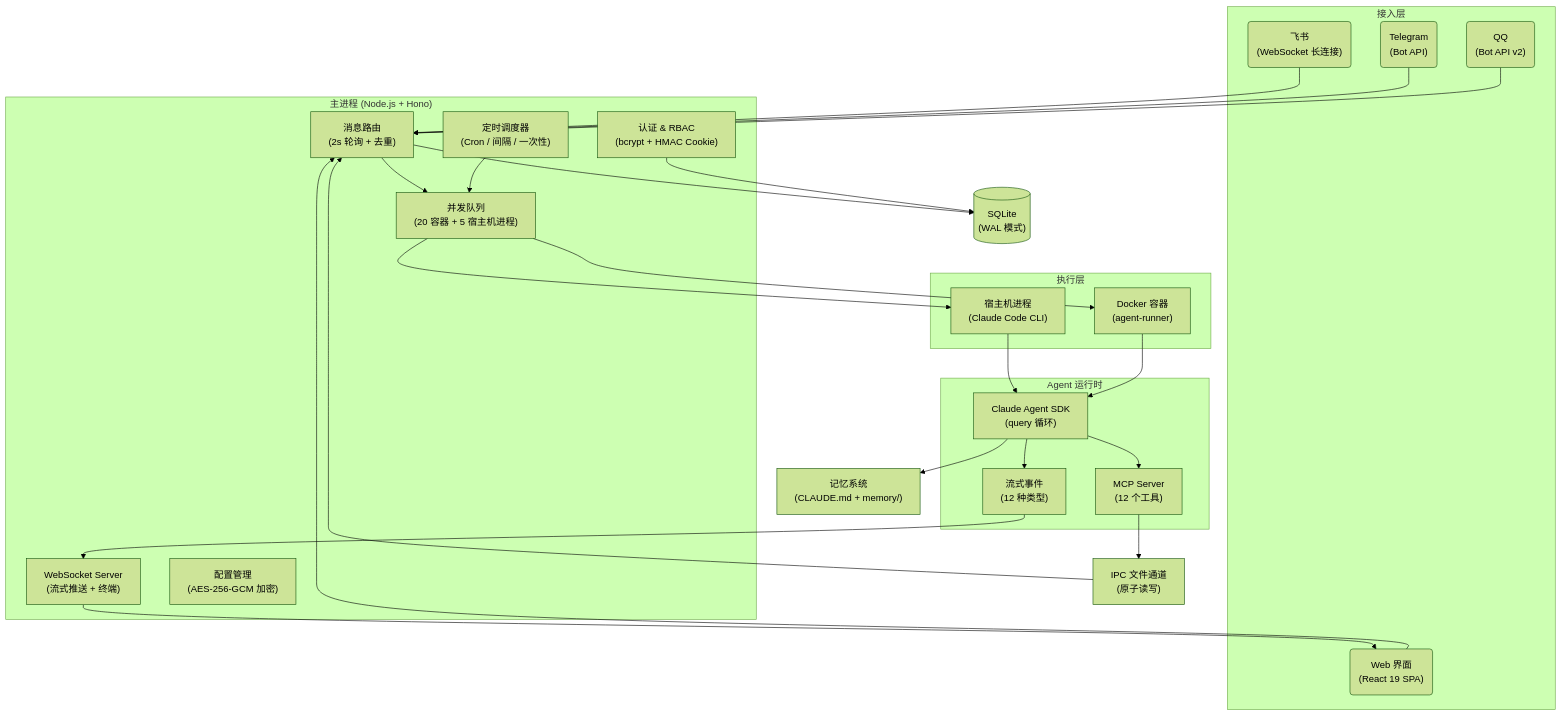
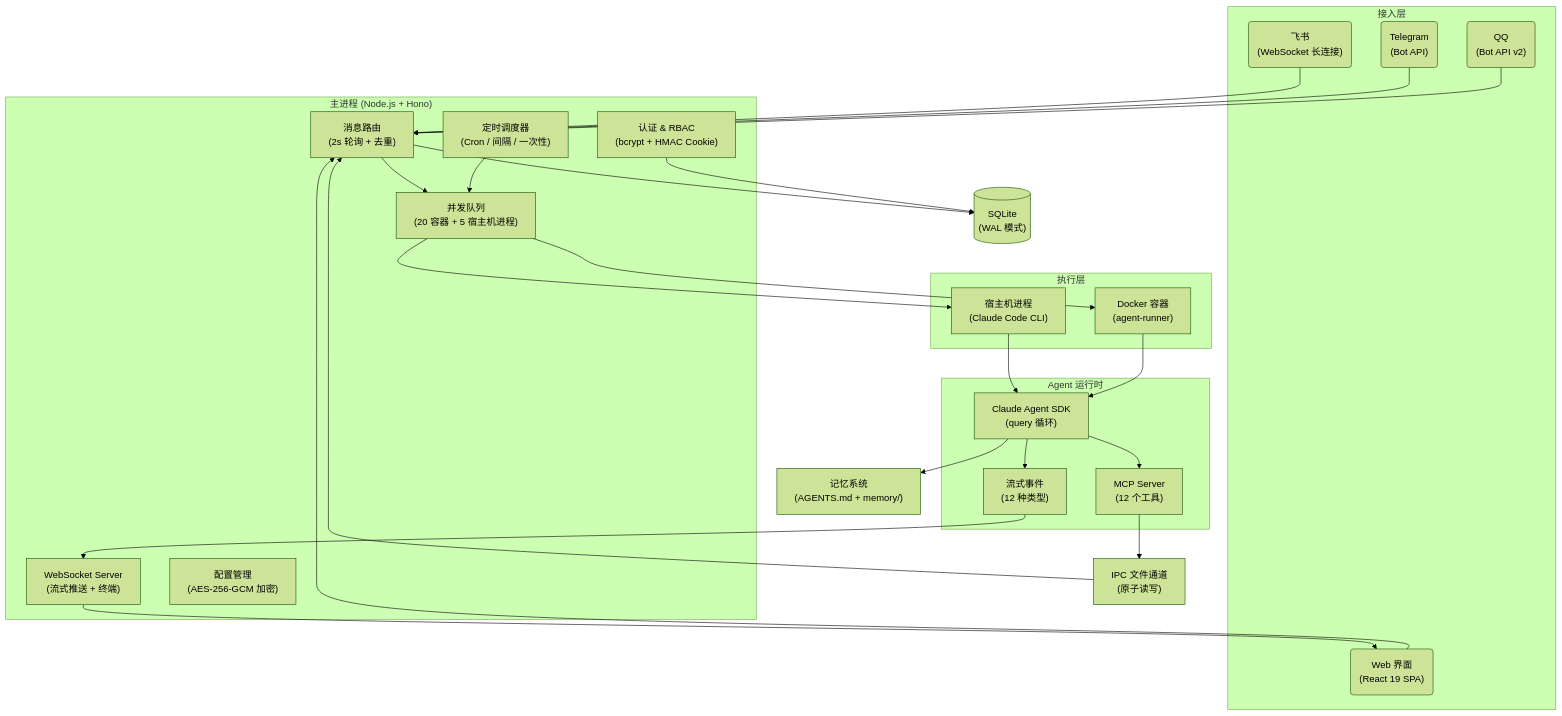
Before and after one commit to RyanProMax/cli-claw: the diagram in README.md, drawn with Mermaid (forest theme). The commit also changed other lines of this file and 20 other files, not shown here.

````diff
--- a/README.md
+++ b/README.md
@@ -356,66 +345,66 @@
 ```mermaid
 flowchart TD
     subgraph 接入层
         Feishu("飞书<br/>(WebSocket 长连接)")
         Telegram("Telegram<br/>(Bot API)")
         QQ("QQ<br/>(Bot API v2)")
         Web("Web 界面<br/>(React 19 SPA)")
     end
 
     subgraph 主进程["主进程 (Node.js + Hono)"]
         Router["消息路由<br/>(2s 轮询 + 去重)"]
         Queue["并发队列<br/>(20 容器 + 5 宿主机进程)"]
         Scheduler["定时调度器<br/>(Cron / 间隔 / 一次性)"]
         WS["WebSocket Server<br/>(流式推送 + 终端)"]
         Auth["认证 & RBAC<br/>(bcrypt + HMAC Cookie)"]
         Config["配置管理<br/>(AES-256-GCM 加密)"]
     end
 
     subgraph 执行层
         Host["宿主机进程<br/>(Claude Code CLI)"]
         Container["Docker 容器<br/>(agent-runner)"]
     end
 
     subgraph Agent["Agent 运行时"]
         SDK["Claude Agent SDK<br/>(query 循环)"]
         MCP["MCP Server<br/>(12 个工具)"]
         Stream["流式事件<br/>(12 种类型)"]
     end
 
     DB[("SQLite<br/>(WAL 模式)")]
     IPC["IPC 文件通道<br/>(原子读写)"]
-    Memory["记忆系统<br/>(CLAUDE.md + memory/)"]
+    Memory["记忆系统<br/>(AGENTS.md + memory/)"]
 
     Feishu --> Router
     Telegram --> Router
     QQ --> Router
     Web --> Router
 
     Router --> Queue
     Queue --> Host
     Queue --> Container
     Scheduler --> Queue
 
     Host --> SDK
     Container --> SDK
     SDK --> MCP
     SDK --> Stream
 
     MCP --> IPC
     IPC --> Router
 
     Stream --> WS
     WS --> Web
 
     Router --> DB
     Auth --> DB
     SDK --> Memory
 
     class Feishu,Telegram,QQ,Web fe
     class Router,Queue,Scheduler,WS,Auth,Config svc
     class DB db
     class Host,Container faas
     class SDK,MCP,Stream faas
     class IPC cfg
     class Memory cfg
 ```
````
